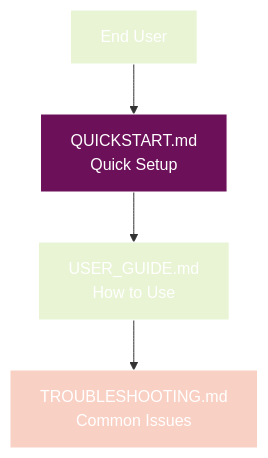
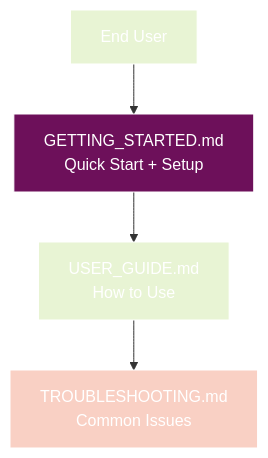
One commit to radicalkjax/Athena changed the fourth of 4 diagrams in docs/README.md. Above: the diagram before and after it, drawn with Mermaid. The commit also changed other lines of this file and 123 other files, not shown here.

````diff
--- a/docs/README.md
+++ b/docs/README.md
@@ -180,32 +185,32 @@
 ```mermaid
 %%{init: {
   'theme': 'base',
   'themeVariables': {
     'primaryColor': '#6d105a',
     'primaryTextColor': '#ffffff',
     'primaryBorderColor': '#ffffff',
     'lineColor': '#333333',
     'secondaryColor': '#e8f4d4',
     'secondaryTextColor': '#333333',
     'secondaryBorderColor': '#333333',
     'tertiaryColor': '#f9d0c4',
     'tertiaryTextColor': '#333333',
     'tertiaryBorderColor': '#333333',
     'background': '#ffffff',
     'mainBkg': '#6d105a',
     'secondBkg': '#e8f4d4',
     'tertiaryBkg': '#f9d0c4',
     'textColor': '#333333',
     'fontFamily': 'Arial, sans-serif'
   }
 }}%%
 flowchart TD
-    User[End User] --> Quick[QUICKSTART.md<br/>Quick Setup]
-    Quick --> Guide[USER_GUIDE.md<br/>How to Use]
+    User[End User] --> Getting[GETTING_STARTED.md<br/>Quick Start + Setup]
+    Getting --> Guide[USER_GUIDE.md<br/>How to Use]
     Guide --> Trouble[TROUBLESHOOTING.md<br/>Common Issues]
-    
+
     style User fill:#e8f4d4
-    style Quick fill:#6d105a,color:#fff
+    style Getting fill:#6d105a,color:#fff
     style Guide fill:#e8f4d4
     style Trouble fill:#f9d0c4
 ```
````
